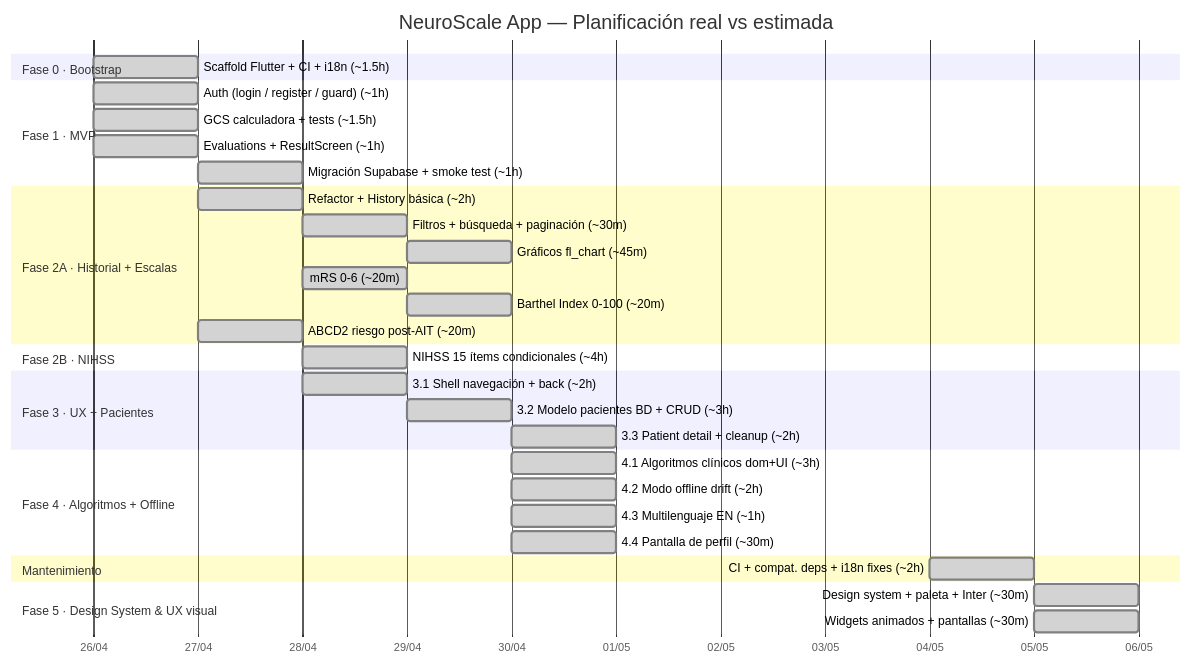
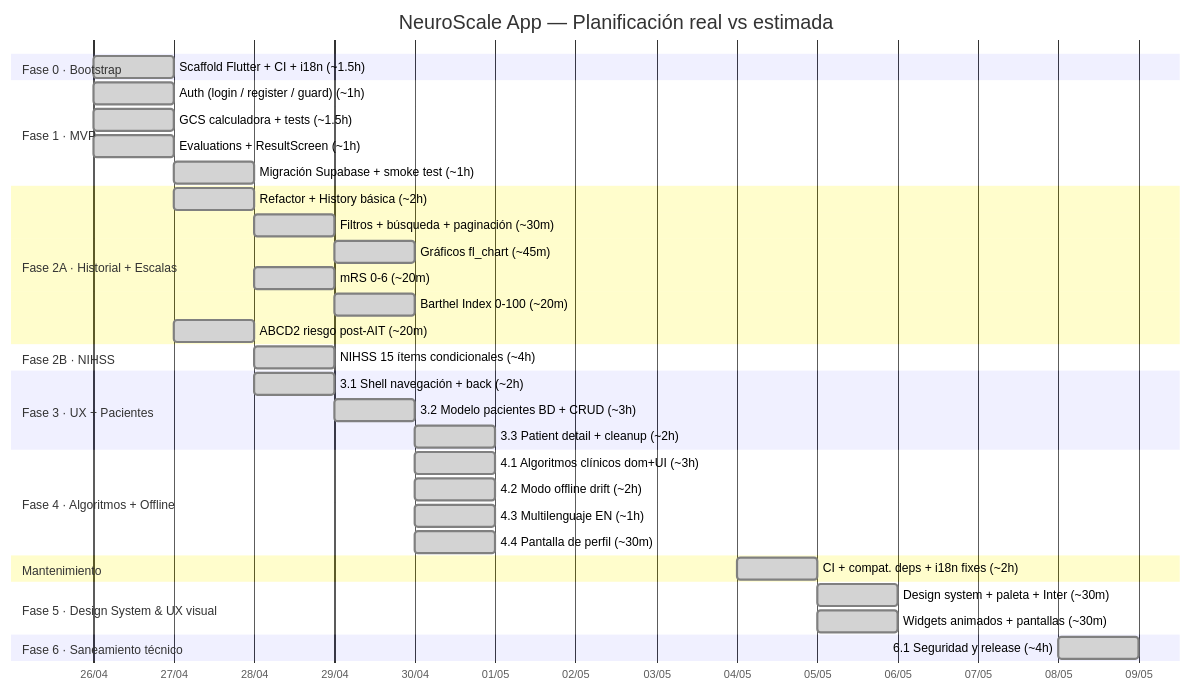
Before and after one commit to grisllo/NeuroScaleApp: the diagram in README.md, drawn with Mermaid. The commit also changed 2 other files, not shown here.

Commit message:
docs(roadmap): cierra subfase 6.1 — seguridad y release
Documenta Fase 6.1 en ROADMAP.md (entregables, decisión de aplazar
certificate pinning), añade fila en METODOLOGIA_Y_PLANIFICACION.md,
y actualiza el Gantt del README con sección Fase 6.

````diff
--- a/README.md
+++ b/README.md
@@ -13,44 +13,47 @@
 ```mermaid
 gantt
     title NeuroScale App — Planificación real vs estimada
     dateFormat  YYYY-MM-DD
     axisFormat  %d/%m
 
     section Fase 0 · Bootstrap
     Scaffold Flutter + CI + i18n (~1.5h)      :done, f0,   2026-04-26, 1d
 
     section Fase 1 · MVP
     Auth (login / register / guard) (~1h)     :done, f1a,  2026-04-26, 1d
     GCS calculadora + tests (~1.5h)           :done, f1b,  2026-04-26, 1d
     Evaluations + ResultScreen (~1h)          :done, f1c,  2026-04-26, 1d
     Migración Supabase + smoke test (~1h)     :done, f1d,  2026-04-27, 1d
 
     section Fase 2A · Historial + Escalas
     Refactor + History básica (~2h)           :done, f2a1, 2026-04-27, 1d
     Filtros + búsqueda + paginación (~30m)    :done, f2a2, after f2a1, 1d
     Gráficos fl_chart (~45m)                  :done, f2a3, after f2a2, 1d
     mRS 0-6 (~20m)                            :done, f2a4, after f2a1, 1d
     Barthel Index 0-100 (~20m)                :done, f2a5, after f2a4, 1d
     ABCD2 riesgo post-AIT (~20m)              :done, f2a6, 2026-04-27, 1d
 
     section Fase 2B · NIHSS
     NIHSS 15 ítems condicionales (~4h)        :done, f2b,  2026-04-28, 1d
 
     section Fase 3 · UX + Pacientes
     3.1 Shell navegación + back (~2h)         :done, f3a,  2026-04-28, 1d
     3.2 Modelo pacientes BD + CRUD (~3h)      :done, f3b,  2026-04-29, 1d
     3.3 Patient detail + cleanup (~2h)        :done, f3c,  2026-04-30, 1d
 
     section Fase 4 · Algoritmos + Offline
     4.1 Algoritmos clínicos dom+UI (~3h)      :done, f4a,  2026-04-30, 1d
     4.2 Modo offline drift (~2h)              :done, f4b,  2026-04-30, 1d
     4.3 Multilenguaje EN (~1h)                :done, f4c,  2026-04-30, 1d
     4.4 Pantalla de perfil (~30m)             :done, f4d,  2026-04-30, 1d
 
     section Mantenimiento
     CI + compat. deps + i18n fixes (~2h)      :done, mnt,  2026-05-04, 1d
 
     section Fase 5 · Design System & UX visual
     Design system + paleta + Inter (~30m)     :done, f5a,  2026-05-05, 1d
     Widgets animados + pantallas (~30m)       :done, f5b,  2026-05-05, 1d
+
+    section Fase 6 · Saneamiento técnico
+    6.1 Seguridad y release (~4h)             :done, f6a,  2026-05-08, 1d
 ```
````
